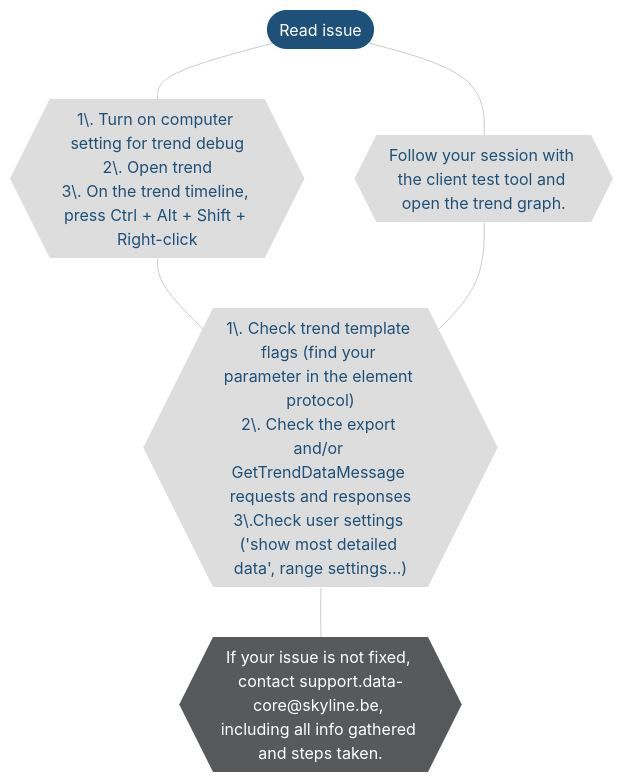
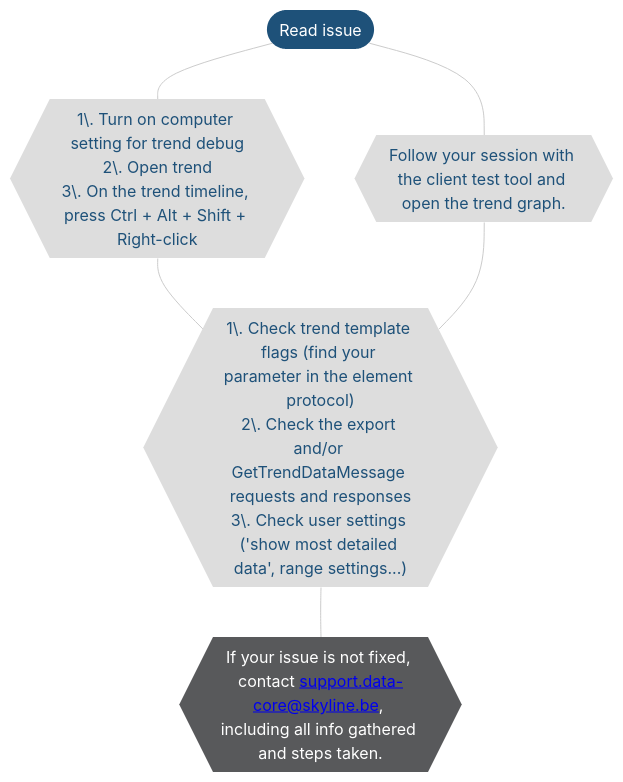
Before and after one commit to SkylineCommunications/dataminer-docs: the second of 3 diagrams in user-guide/Troubleshooting/Troubleshooting_Flowcharts/Troubleshooting_Trending.md, drawn with Mermaid. The commit also changed other lines of this file and 13 other files, not shown here.

````diff
--- a/user-guide/Troubleshooting/Troubleshooting_Flowcharts/Troubleshooting_Trending.md
+++ b/user-guide/Troubleshooting/Troubleshooting_Flowcharts/Troubleshooting_Trending.md
@@ -60,31 +60,31 @@
 ```mermaid
 flowchart TD
 %% Define styles %%
 linkStyle default stroke:#cccccc
 classDef classTerminal fill:#1e5179,stroke:#1e5179,color:#ffffff,stroke-width:0px;
 classDef classDecision fill:#4baeea,stroke:#4baeea,color:#ffffff,stroke-width:0px;
 classDef classExternalRef fill:#9ddaf5,stroke:#9ddaf5,color:#1E5179,stroke-width:0px;
 classDef classActionClickable fill:#999999,stroke:#999999,color:#ffffff,stroke-width:0px;
 classDef classAction fill:#dddddd,stroke:#dddddd,color:#1E5179,stroke-width:0px;
 classDef classSolution fill:#58595b,stroke:#58595b,color:#ffffff,stroke-width:0px;
 %% Define blocks %%
 ReadIssue([Read issue])
 FollowCTT{{Follow your session with the client test tool and open the trend graph.}}
 ClientExport{{1\. Turn on computer setting for trend debug<br>2\. Open trend<br>3\. On the trend timeline, press Ctrl + Alt + Shift + Right-click}}
-ReadIssueChecks{{"1\. Check trend template flags (find your parameter in the element protocol)<br>2\. Check the export and/or GetTrendDataMessage requests and responses<br>3\.Check user settings ('show most detailed data', range settings...)"}}
-NotFixed{{"If your issue is not fixed, contact support.data-core@skyline.be, including all info gathered and steps taken."}}
+ReadIssueChecks{{"1\. Check trend template flags (find your parameter in the element protocol)<br>2\. Check the export and/or GetTrendDataMessage requests and responses<br>3\. Check user settings ('show most detailed data', range settings...)"}}
+NotFixed{{"If your issue is not fixed, contact <a href="mailto:support.data-core@skyline.be">support.data-core@skyline.be</a>, including all info gathered and steps taken."}}
 %% Connect blocks %%
 ReadIssue --- FollowCTT
 ReadIssue --- ClientExport
 ClientExport --- ReadIssueChecks
 FollowCTT --- ReadIssueChecks
 ReadIssueChecks --- NotFixed
 %% Define hyperlinks %%
 %% Apply styles to blocks %%
 class ReadIssue classTerminal;
 class AlarmConsole,Surveyor,Apps,Trending classExternalRef;
 %%class classActionClickable;
 class GetDELT,TrendDataInspector,QueryDatabase,FollowCTT,ReadIssueChecks,ClientExport,WriteIssueActionLogging,WriteIssueActionDBXML,WriteIssueActionTrendTemplate,WriteIssueActionParameter classAction;
 class DataPresent classDecision;
 class NotFixed classSolution;
 ```
````
